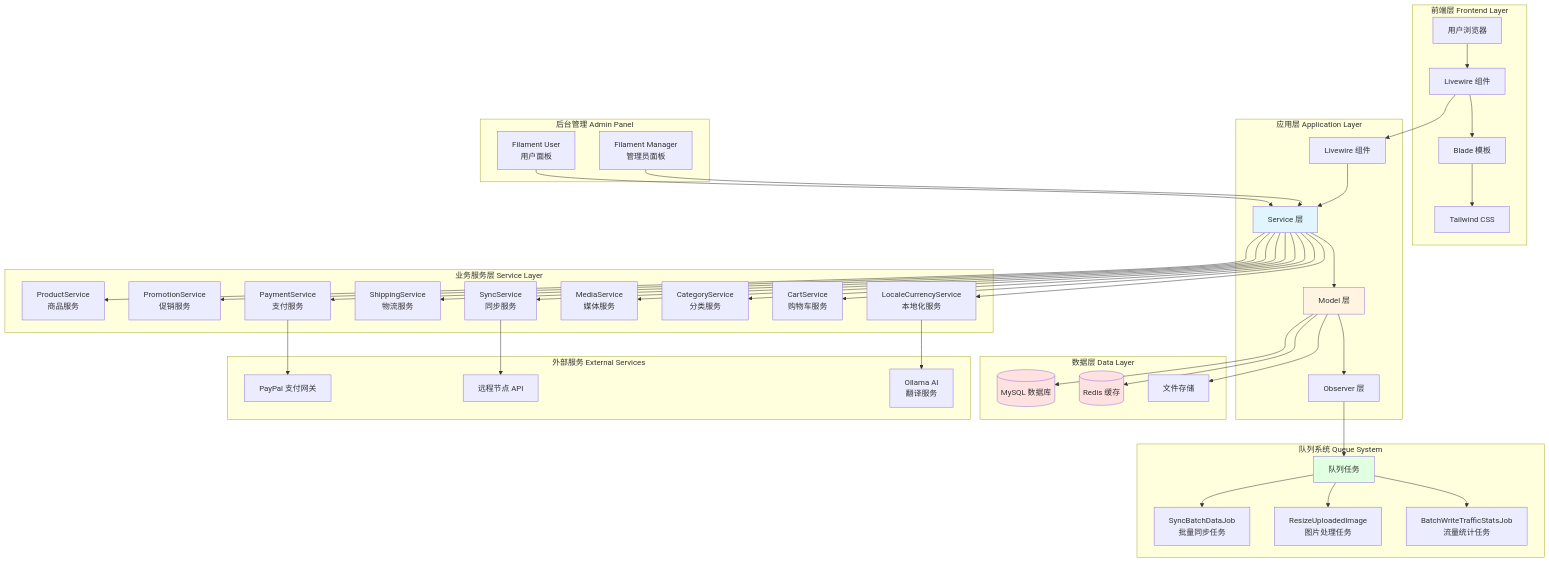
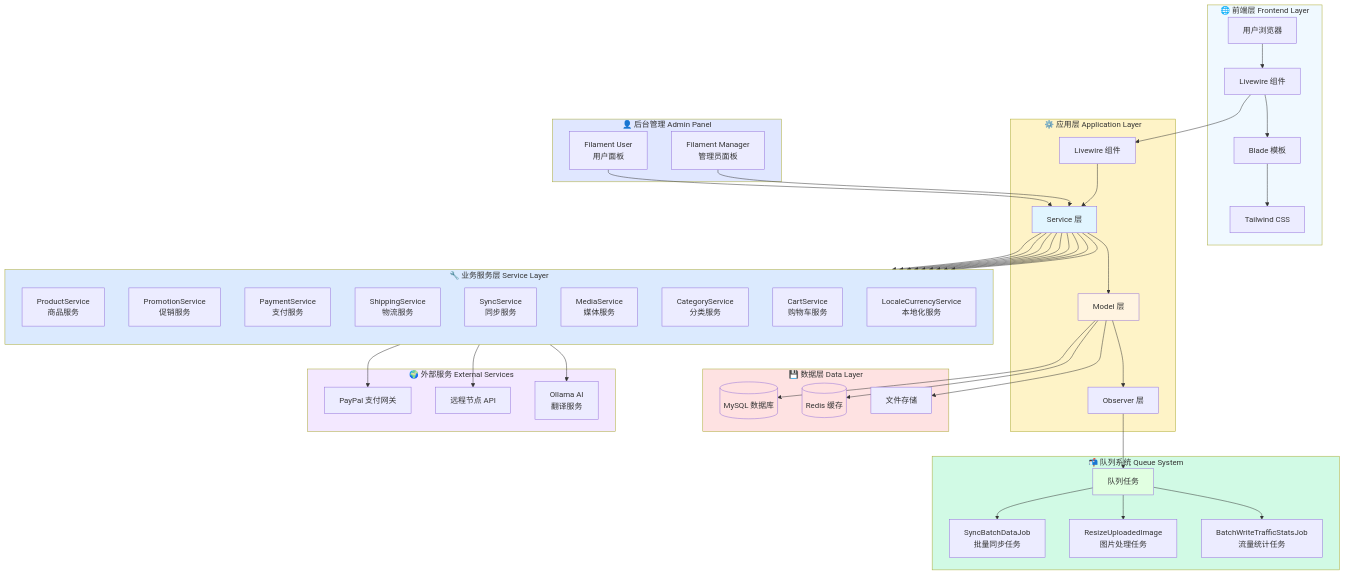
One commit to TeanaryService/teanary_service changed the first of 6 diagrams in docs/ARCHITECTURE.md. Above: the diagram before and after it, drawn with Mermaid. The commit also changed other lines of this file, not shown here.

Commit message:
优化架构图文档

````diff
--- a/docs/ARCHITECTURE.md
+++ b/docs/ARCHITECTURE.md
@@ -16,57 +16,95 @@
 ```mermaid
 graph TB
-    subgraph "前端层 Frontend Layer"
-        A[用户浏览器] --> B[Livewire 组件]
-        B --> C[Blade 模板]
-        C --> D[Tailwind CSS]
+    subgraph Frontend["🌐 前端层 Frontend Layer"]
+        A[用户浏览器]
+        B[Livewire 组件]
+        C[Blade 模板]
+        D[Tailwind CSS]
+        A --> B
+        B --> C
+        C --> D
     end
 
-    subgraph "应用层 Application Layer"
-        B --> E[Livewire 组件]
-        E --> F[Service 层]
-        F --> G[Model 层]
-        G --> H[Observer 层]
+    subgraph Application["⚙️ 应用层 Application Layer"]
+        E[Livewire 组件]
+        F[Service 层]
+        G[Model 层]
+        H[Observer 层]
+        E --> F
+        F --> G
+        G --> H
     end
 
-    subgraph "业务服务层 Service Layer"
-        F --> F1[ProductService<br/>商品服务]
-        F --> F2[PromotionService<br/>促销服务]
-        F --> F3[PaymentService<br/>支付服务]
-        F --> F4[ShippingService<br/>物流服务]
-        F --> F5[SyncService<br/>同步服务]
-        F --> F6[MediaService<br/>媒体服务]
-        F --> F7[CategoryService<br/>分类服务]
-        F --> F8[CartService<br/>购物车服务]
-        F --> F9[LocaleCurrencyService<br/>本地化服务]
+    subgraph Services["🔧 业务服务层 Service Layer"]
+        direction TB
+        F1[ProductService<br/>商品服务]
+        F2[PromotionService<br/>促销服务]
+        F3[PaymentService<br/>支付服务]
+        F4[ShippingService<br/>物流服务]
+        F5[SyncService<br/>同步服务]
+        F6[MediaService<br/>媒体服务]
+        F7[CategoryService<br/>分类服务]
+        F8[CartService<br/>购物车服务]
+        F9[LocaleCurrencyService<br/>本地化服务]
     end
 
-    subgraph "数据层 Data Layer"
-        G --> I[(MySQL 数据库)]
-        G --> J[(Redis 缓存)]
-        G --> K[文件存储]
+    subgraph Data["💾 数据层 Data Layer"]
+        I[(MySQL 数据库)]
+        J[(Redis 缓存)]
+        K[文件存储]
     end
 
-    subgraph "后台管理 Admin Panel"
-        L[Filament Manager<br/>管理员面板] --> F
-        M[Filament User<br/>用户面板] --> F
+    subgraph Admin["👤 后台管理 Admin Panel"]
+        L[Filament Manager<br/>管理员面板]
+        M[Filament User<br/>用户面板]
     end
 
-    subgraph "外部服务 External Services"
-        F3 --> N[PayPal 支付网关]
-        F5 --> O[远程节点 API]
-        F9 --> P[Ollama AI<br/>翻译服务]
+    subgraph External["🌍 外部服务 External Services"]
+        N[PayPal 支付网关]
+        O[远程节点 API]
+        P[Ollama AI<br/>翻译服务]
     end
 
-    subgraph "队列系统 Queue System"
-        H --> Q[队列任务]
-        Q --> R[SyncBatchDataJob<br/>批量同步任务]
-        Q --> S[ResizeUploadedImage<br/>图片处理任务]
-        Q --> T[BatchWriteTrafficStatsJob<br/>流量统计任务]
+    subgraph Queue["📬 队列系统 Queue System"]
+        Q[队列任务]
+        R[SyncBatchDataJob<br/>批量同步任务]
+        S[ResizeUploadedImage<br/>图片处理任务]
+        T[BatchWriteTrafficStatsJob<br/>流量统计任务]
+        Q --> R
+        Q --> S
+        Q --> T
     end
+
+    B --> E
+    F --> F1
+    F --> F2
+    F --> F3
+    F --> F4
+    F --> F5
+    F --> F6
+    F --> F7
+    F --> F8
+    F --> F9
+    G --> I
+    G --> J
+    G --> K
+    L --> F
+    M --> F
+    F3 --> N
+    F5 --> O
+    F9 --> P
+    H --> Q
 
     style F fill:#e1f5ff
     style G fill:#fff4e1
     style I fill:#ffe1e1
     style J fill:#ffe1e1
     style Q fill:#e1ffe1
+    style Frontend fill:#f0f9ff
+    style Application fill:#fef3c7
+    style Services fill:#dbeafe
+    style Data fill:#fee2e2
+    style Admin fill:#e0e7ff
+    style External fill:#f3e8ff
+    style Queue fill:#d1fae5
 ```
````
